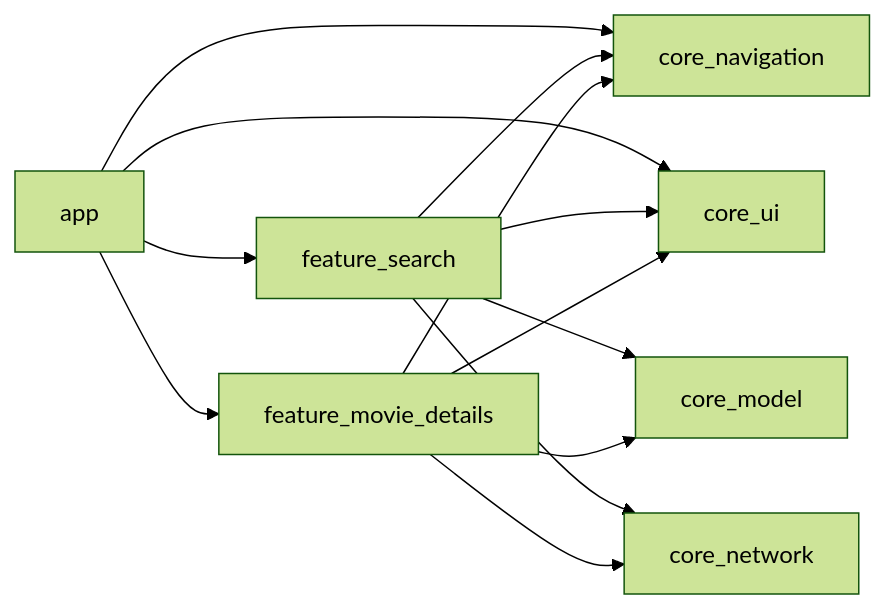
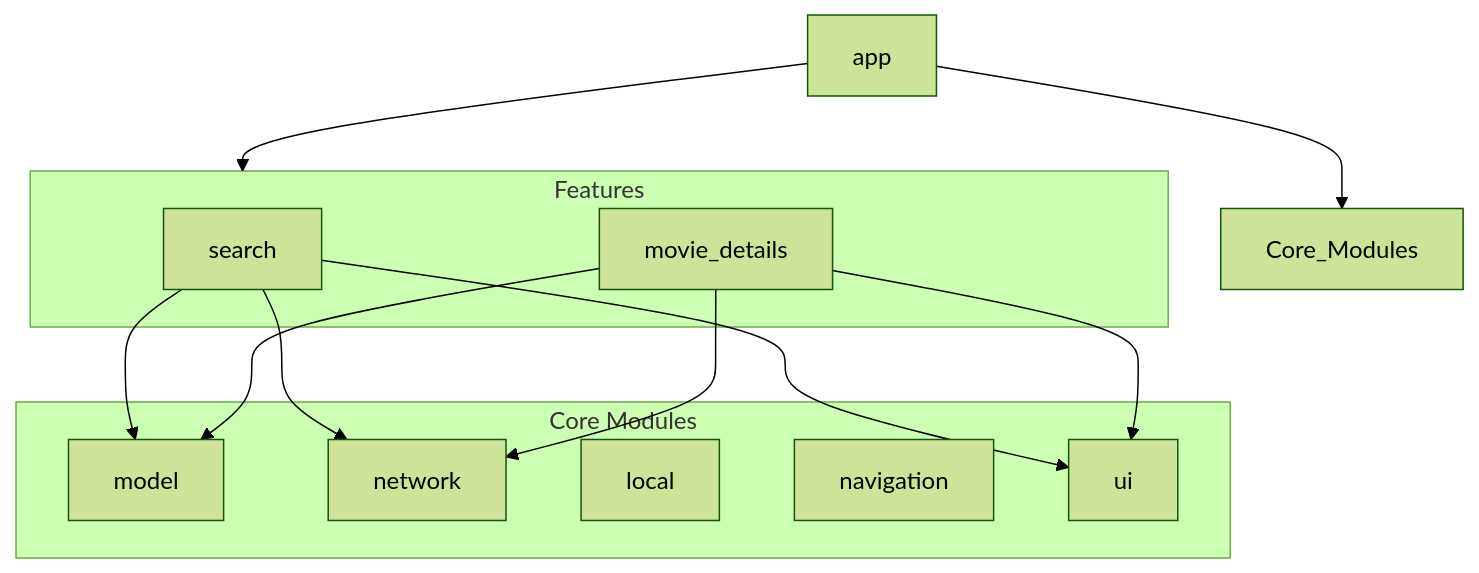
Before and after one commit to SidharthMudgil/filmy: the first of 9 diagrams in README.md, drawn with Mermaid (forest theme). The commit also changed other lines of this file, not shown here.

````diff
--- a/README.md
+++ b/README.md
@@ -65,17 +46,27 @@
 ```mermaid
-flowchart LR
-    app --> core_navigation
-    app --> core_ui
-    app --> feature_search
-    app --> feature_movie_details
+graph TD
+    subgraph Core Modules
+        core_model["model"]
+        core_network["network"]
+        core_local["local"]
+        core_navigation["navigation"]
+        core_ui["ui"]
+    end
+
+    subgraph Features
+        feature_search["search"]
+        feature_movie_details["movie_details"]
+    end
+
+    app["app"] --> Core_Modules
+    app --> Features
 
     feature_search --> core_model
     feature_search --> core_network
-    feature_search --> core_navigation
     feature_search --> core_ui
 
     feature_movie_details --> core_model
     feature_movie_details --> core_network
-    feature_movie_details --> core_navigation
     feature_movie_details --> core_ui
+
 ```
````
